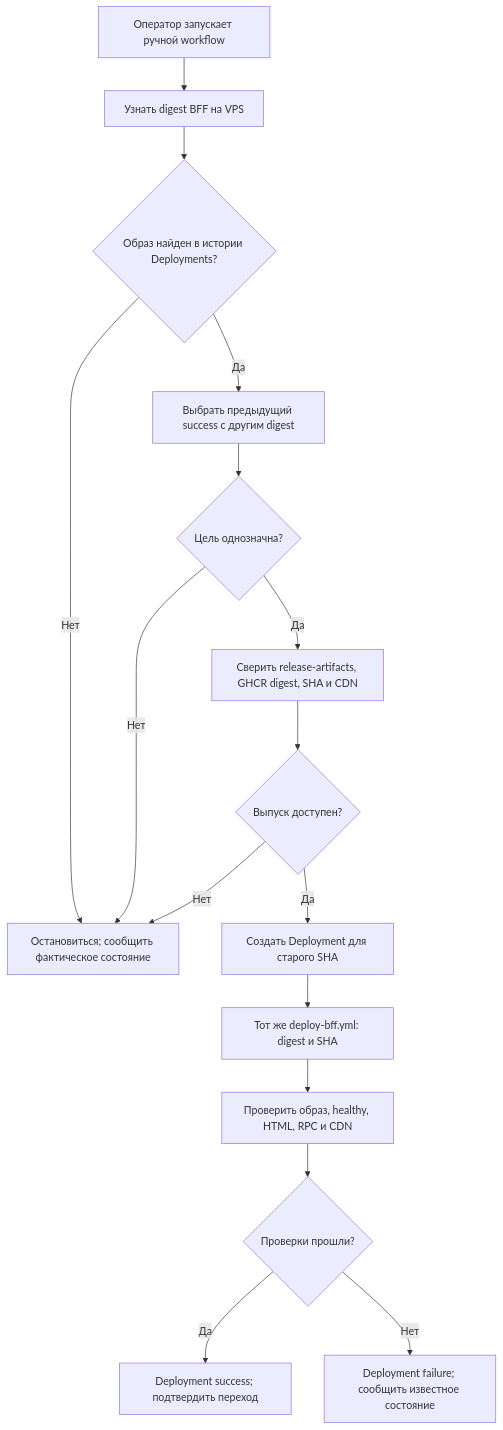
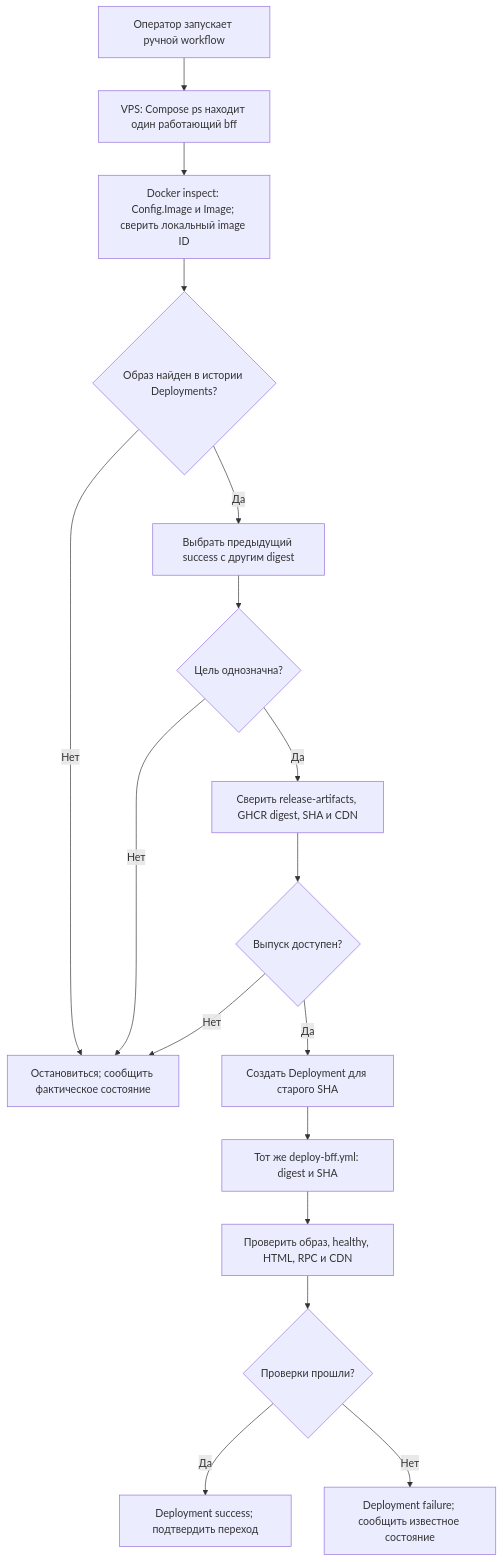
Before and after one commit to Cringe-Driven-Development-Team/docs: the diagram in site/modules/2/tracks/bff/rollback.md, drawn with Mermaid. The commit also changed other lines of this file and 1 other file, not shown here.

First line of the commit message:
docs(bff): прояснить схему выпуска и проверку версии при откате (#104)

````diff
--- a/site/modules/2/tracks/bff/rollback.md
+++ b/site/modules/2/tracks/bff/rollback.md
@@ -28,18 +44,19 @@
 ```mermaid
 flowchart TD
-    START["Оператор запускает ручной workflow"] --> ACTUAL["Узнать digest BFF на VPS"]
+    START["Оператор запускает ручной workflow"] --> CONTAINER["VPS: Compose ps находит один работающий bff"]
+    CONTAINER --> ACTUAL["Docker inspect: Config.Image и Image; сверить локальный image ID"]
     ACTUAL --> MATCH{"Образ найден в истории Deployments?"}
     MATCH -- "Нет" --> STOP["Остановиться; сообщить фактическое состояние"]
     MATCH -- "Да" --> PREV["Выбрать предыдущий success с другим digest"]
     PREV --> TARGET{"Цель однозначна?"}
     TARGET -- "Нет" --> STOP
     TARGET -- "Да" --> CHECK["Сверить release-artifacts, GHCR digest, SHA и CDN"]
     CHECK --> READY{"Выпуск доступен?"}
     READY -- "Нет" --> STOP
     READY -- "Да" --> DEP["Создать Deployment для старого SHA"]
     DEP --> ANS["Тот же deploy-bff.yml: digest и SHA"]
     ANS --> VERIFY["Проверить образ, healthy, HTML, RPC и CDN"]
     VERIFY --> OK{"Проверки прошли?"}
     OK -- "Да" --> SUCCESS["Deployment success; подтвердить переход"]
     OK -- "Нет" --> FAILURE["Deployment failure; сообщить известное состояние"]
 ```
````
